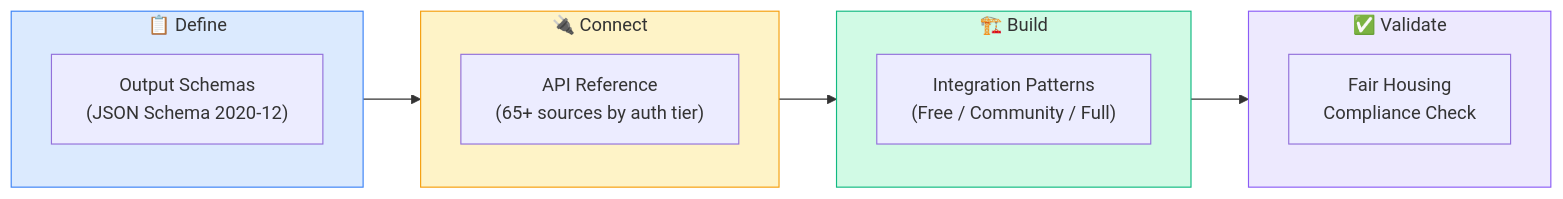
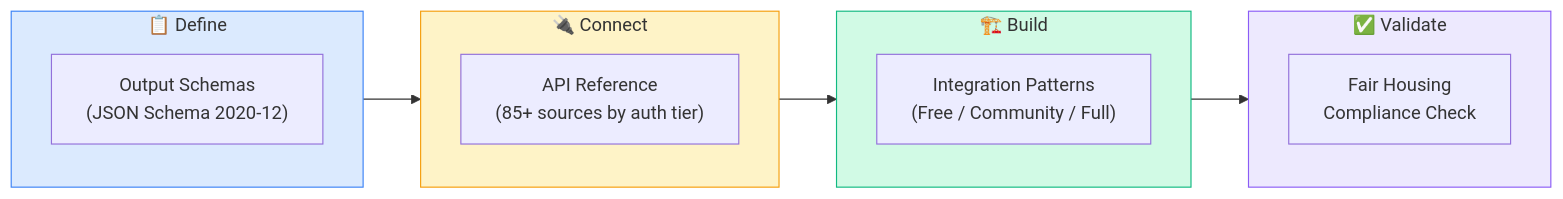
One commit to dougdevitre/access-to-housing changed the seventh of 18 diagrams in README.md. Above: the diagram before and after it, drawn with Mermaid. The commit also changed other lines of this file and 7 other files, not shown here.

````diff
--- a/README.md
+++ b/README.md
@@ -305,25 +305,25 @@
 ```mermaid
 flowchart LR
     subgraph DEFINE ["📋 Define"]
         A1["Output Schemas\n(JSON Schema 2020-12)"]
     end
 
     subgraph CONNECT ["🔌 Connect"]
-        B1["API Reference\n(65+ sources by auth tier)"]
+        B1["API Reference\n(85+ sources by auth tier)"]
     end
 
     subgraph BUILD ["🏗️ Build"]
         C1["Integration Patterns\n(Free / Community / Full)"]
     end
 
     subgraph VALIDATE ["✅ Validate"]
         D1["Fair Housing\nCompliance Check"]
     end
 
     DEFINE --> CONNECT --> BUILD --> VALIDATE
 
     style DEFINE fill:#dbeafe,stroke:#3b82f6
     style CONNECT fill:#fef3c7,stroke:#f59e0b
     style BUILD fill:#d1fae5,stroke:#10b981
     style VALIDATE fill:#ede9fe,stroke:#8b5cf6
 ```
````
